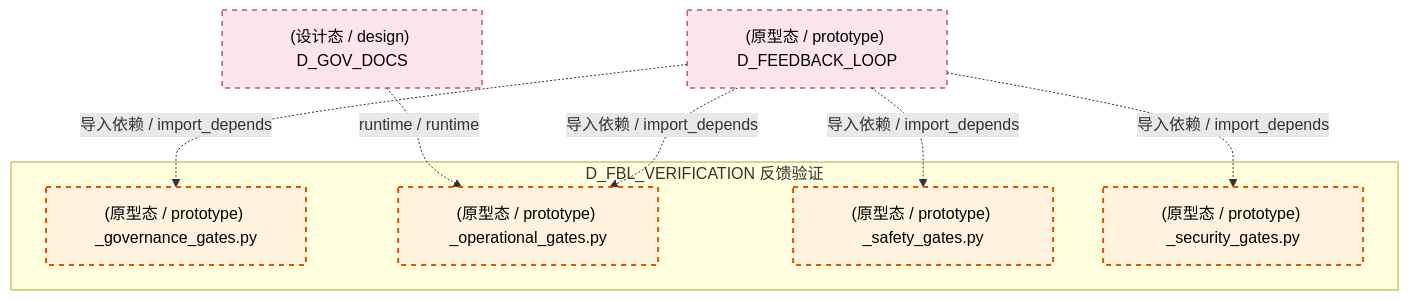
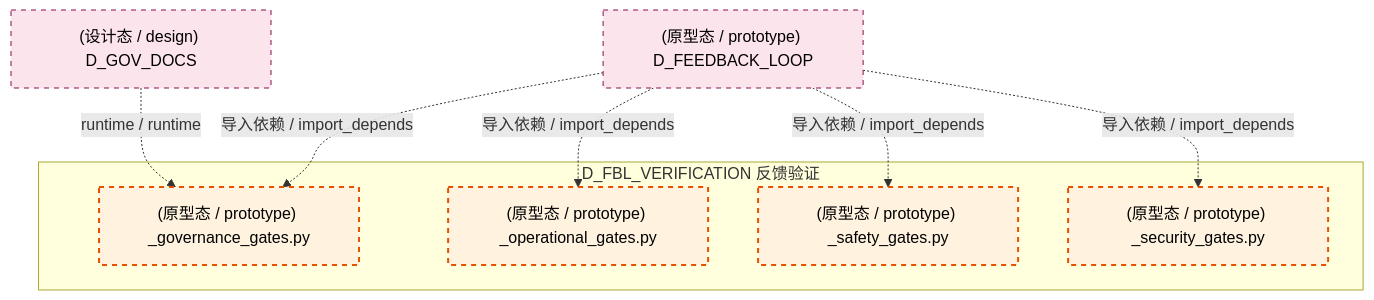
The fifth of 6 diagrams in docs/02_enterprise_architecture/02_domain_architecture_docs/13_d_fbl_verification.md (xuanFelixVan/ZephyrAlpha), drawn with Mermaid before and after one commit. The commit also changed other lines of this file and 100 other files, not shown here.

````diff
--- a/docs/02_enterprise_architecture/02_domain_architecture_docs/13_d_fbl_verification.md
+++ b/docs/02_enterprise_architecture/02_domain_architecture_docs/13_d_fbl_verification.md
@@ -422,22 +419,22 @@
 ```mermaid
 graph TD
     subgraph D_FBL_VERIFICATION["D_FBL_VERIFICATION 反馈验证"]
         src_zephyr_feedback_loop_gates_governance_gates_py["(原型态 / prototype) _governance_gates.py"]
         src_zephyr_feedback_loop_gates_operational_gates_py["(原型态 / prototype) _operational_gates.py"]
         src_zephyr_feedback_loop_gates_safety_gates_py["(原型态 / prototype) _safety_gates.py"]
         src_zephyr_feedback_loop_gates_security_gates_py["(原型态 / prototype) _security_gates.py"]
     end
     D_GOV_DOCS["(设计态 / design) D_GOV_DOCS"]
-    D_GOV_DOCS -.->|runtime / runtime| src_zephyr_feedback_loop_gates_operational_gates_py
+    D_GOV_DOCS -.->|runtime / runtime| src_zephyr_feedback_loop_gates_governance_gates_py
     D_FEEDBACK_LOOP["(原型态 / prototype) D_FEEDBACK_LOOP"]
     D_FEEDBACK_LOOP -.->|导入依赖 / import_depends| src_zephyr_feedback_loop_gates_safety_gates_py
     D_FEEDBACK_LOOP -.->|导入依赖 / import_depends| src_zephyr_feedback_loop_gates_security_gates_py
     D_FEEDBACK_LOOP -.->|导入依赖 / import_depends| src_zephyr_feedback_loop_gates_governance_gates_py
     D_FEEDBACK_LOOP -.->|导入依赖 / import_depends| src_zephyr_feedback_loop_gates_operational_gates_py
     classDef production fill:#e1f5fe,stroke:#01579b,stroke-width:2px,color:#000
     classDef design fill:#fff3e0,stroke:#e65100,stroke-width:2px,color:#000,stroke-dasharray: 5 5
     classDef external_prod fill:#e8f5e9,stroke:#1b5e20,stroke-width:1px,color:#000
     classDef external_design fill:#fce4ec,stroke:#880e4f,stroke-width:1px,color:#000,stroke-dasharray: 5 5
     class src_zephyr_feedback_loop_gates_governance_gates_py,src_zephyr_feedback_loop_gates_operational_gates_py,src_zephyr_feedback_loop_gates_safety_gates_py,src_zephyr_feedback_loop_gates_security_gates_py design
     class D_GOV_DOCS,D_FEEDBACK_LOOP external_design
 ```
````
